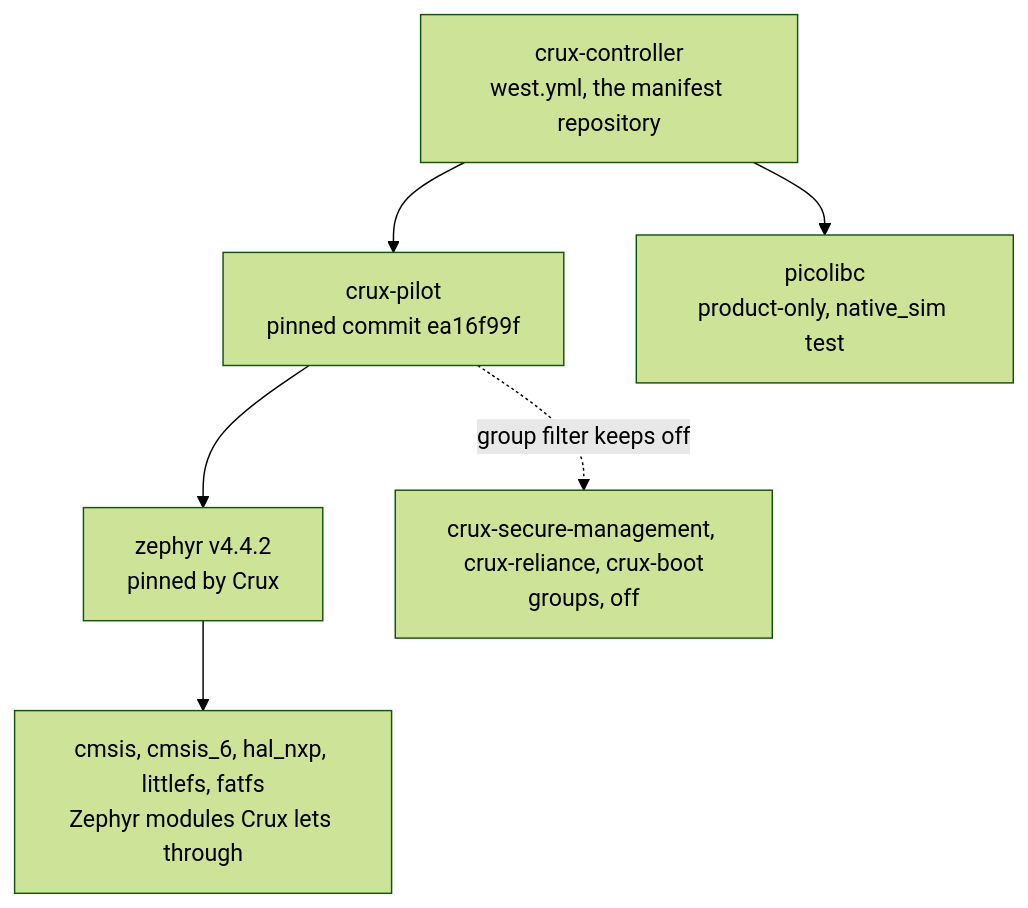
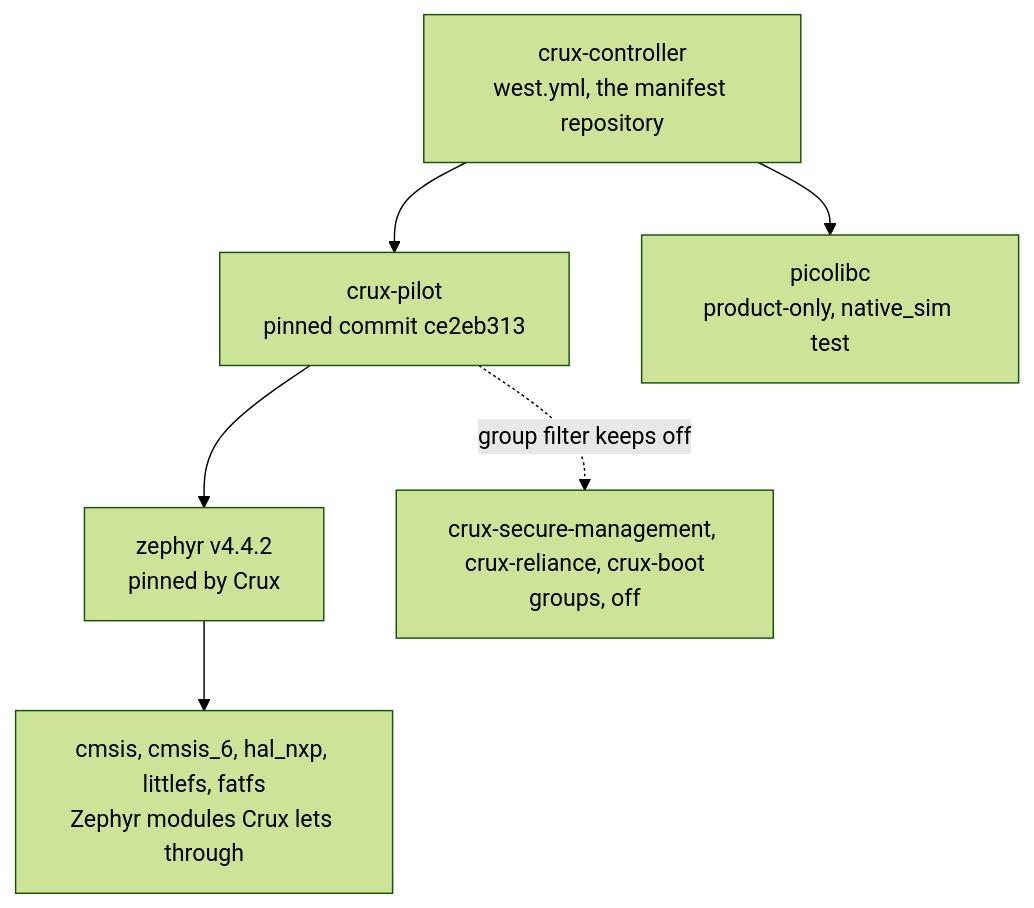
One commit to wonny-labs/crux-controller changed the diagram in docs/dependencies.md. Above: the diagram before and after it, drawn with Mermaid (forest theme). The commit also changed other lines of this file and 16 other files, not shown here.

First line of the commit message:
build(west): pin crux-pilot to ce2eb313

````diff
--- a/docs/dependencies.md
+++ b/docs/dependencies.md
@@ -16,14 +16,14 @@
 ```mermaid
 flowchart TD
     CC["crux-controller<br/>west.yml, the manifest repository"]
-    CP["crux-pilot<br/>pinned commit ea16f99f"]
+    CP["crux-pilot<br/>pinned commit ce2eb313"]
     ZP["zephyr v4.4.2<br/>pinned by Crux"]
     MOD["cmsis, cmsis_6, hal_nxp, littlefs, fatfs<br/>Zephyr modules Crux lets through"]
     PL["picolibc<br/>product-only, native_sim test"]
     OFF["crux-secure-management, crux-reliance, crux-boot<br/>groups, off"]
     CC --> CP
     CC --> PL
     CP --> ZP
     ZP --> MOD
     CP -. "group filter keeps off" .-> OFF
 ```
````
